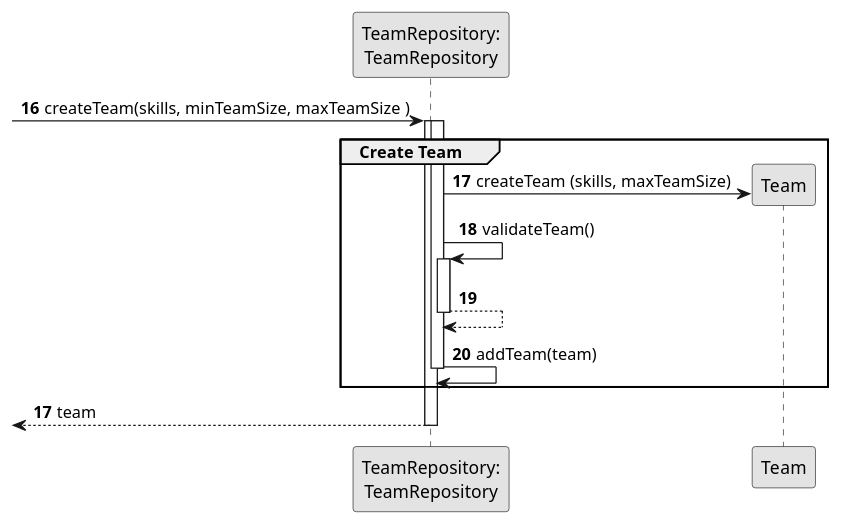
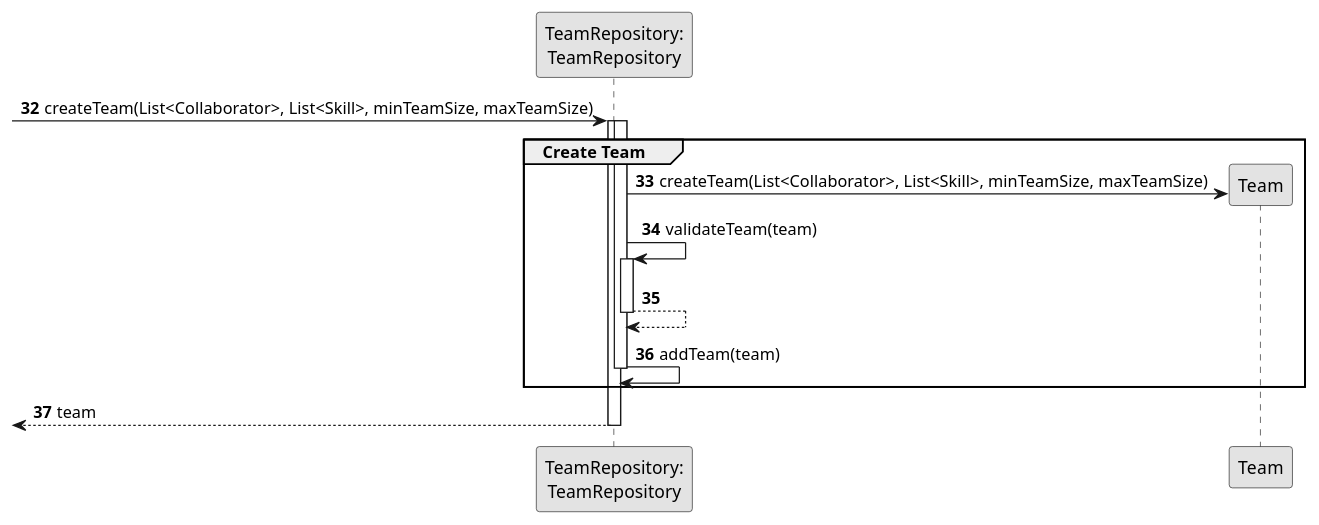
Before and after one commit to ricardomm7/leaflink: the diagram in docs/sprintB/us005/03.design/puml/us005-sequence-diagram-partial-create-team.puml, drawn with PlantUML. The commit also changed 16 other files, not shown here.

```diff
--- a/docs/sprintB/us005/03.design/puml/us005-sequence-diagram-partial-create-team.puml
+++ b/docs/sprintB/us005/03.design/puml/us005-sequence-diagram-partial-create-team.puml
@@ -1,34 +1,34 @@
 @startuml
 skinparam monochrome true
 skinparam packageStyle rectangle
 skinparam shadowing false
 
 participant "TeamRepository:\nTeamRepository" as TeamRepository
 
-autonumber 16
--> TeamRepository: createTeam(skills, minTeamSize, maxTeamSize )
+autonumber 32
+-> TeamRepository: createTeam(List<Collaborator>, List<Skill>, minTeamSize, maxTeamSize)
 
 activate TeamRepository
     group Create Team
+            activate TeamRepository
 
-                        activate TeamRepository
+            TeamRepository -> Team**: createTeam(List<Collaborator>, List<Skill>, minTeamSize, maxTeamSize)
 
-                        TeamRepository -> Team**: createTeam (skills, maxTeamSize)
+                TeamRepository -> TeamRepository: validateTeam(team)
+            activate TeamRepository
 
-                                TeamRepository -> TeamRepository: validateTeam()
-                                activate TeamRepository
-                                    TeamRepository --> TeamRepository
-                                    deactivate TeamRepository
+                TeamRepository --> TeamRepository
+            deactivate TeamRepository
 
-                            TeamRepository -> TeamRepository: addTeam(team)
+            TeamRepository -> TeamRepository: addTeam(team)
 
 
-                    deactivate TeamRepository
+        deactivate TeamRepository
+
     end
 
-    autonumber 17
     <-- TeamRepository : team
 deactivate TeamRepository
 
 
 @enduml
```
